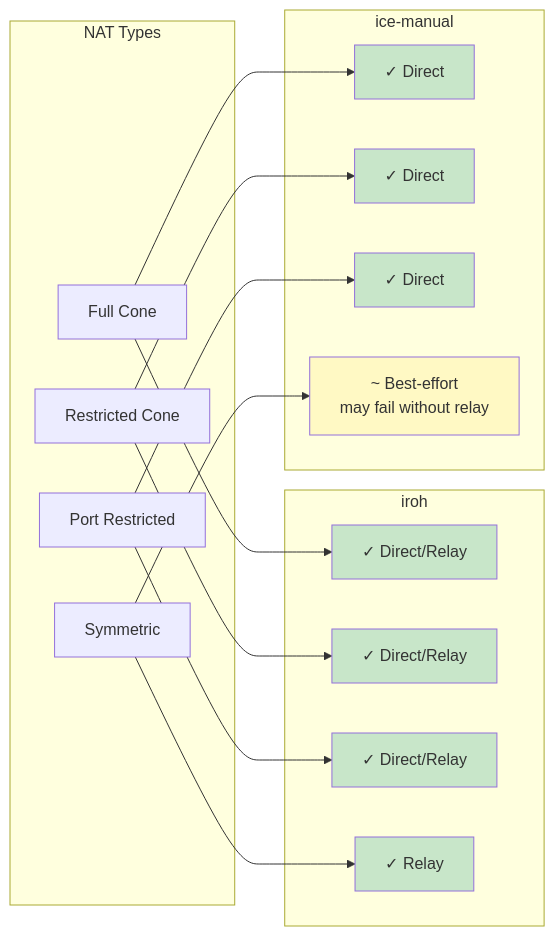
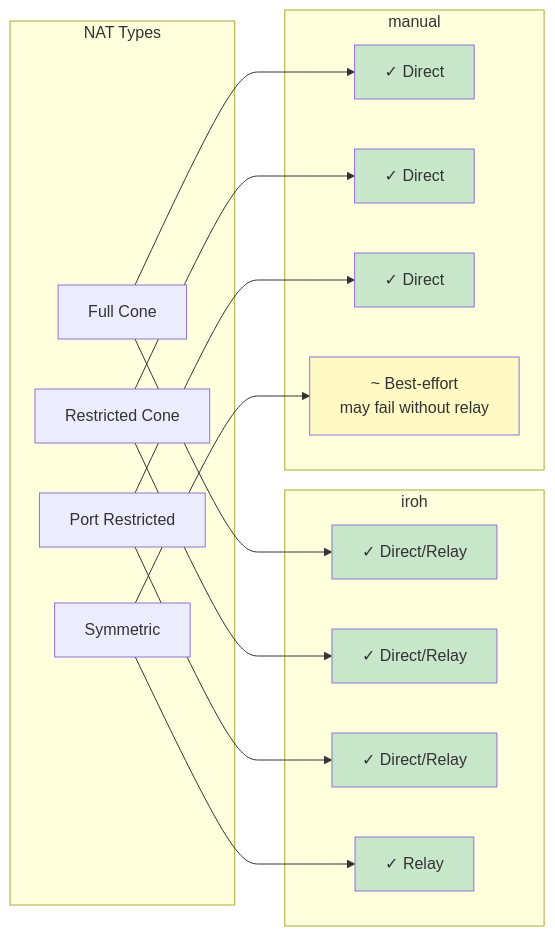
The fourth of 35 diagrams in docs/ARCHITECTURE.md (andrewtheguy/vpn-rs), drawn with Mermaid before and after one commit. The commit also changed other lines of this file and 8 other files, not shown here.

````diff
--- a/docs/ARCHITECTURE.md
+++ b/docs/ARCHITECTURE.md
@@ -158,43 +158,43 @@
 ```mermaid
 graph LR
     subgraph "NAT Types"
         A[Full Cone]
         B[Restricted Cone]
         C[Port Restricted]
         D[Symmetric]
     end
 
     subgraph "iroh"
         E1[✓ Direct/Relay]
         E2[✓ Direct/Relay]
         E3[✓ Direct/Relay]
         E4[✓ Relay]
     end
 
-    subgraph "ice-manual"
+    subgraph "manual"
         G1[✓ Direct]
         G2[✓ Direct]
         G3[✓ Direct]
         G4[~ Best-effort<br/>may fail without relay]
     end
 
     A --> E1
     B --> E2
     C --> E3
     D --> E4
 
     A --> G1
     B --> G2
     C --> G3
     D --> G4
 
     style E1 fill:#C8E6C9
     style E2 fill:#C8E6C9
     style E3 fill:#C8E6C9
     style E4 fill:#C8E6C9
 
     style G1 fill:#C8E6C9
     style G2 fill:#C8E6C9
     style G3 fill:#C8E6C9
     style G4 fill:#FFF9C4
 ```
````
